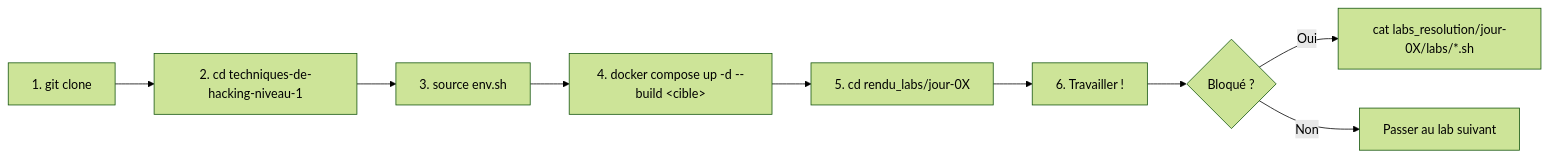
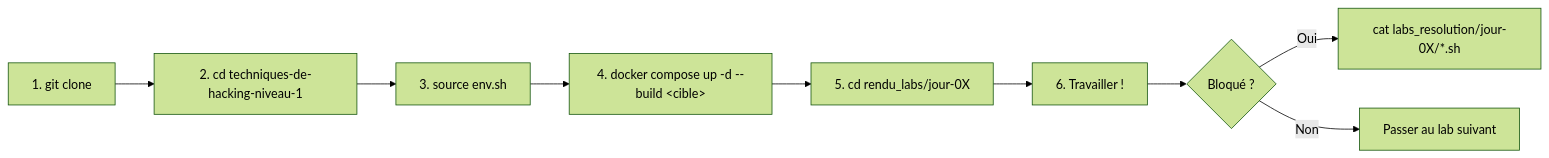
One commit to yugmerabtene/techniques-de-hacking-niveau-1 changed the first of 8 diagrams in JOUR-01-introduction-hacking-ethique-vulnerabilites.md. Above: the diagram before and after it, drawn with Mermaid (forest theme). The commit also changed other lines of this file and 69 other files, not shown here.

````diff
--- a/JOUR-01-introduction-hacking-ethique-vulnerabilites.md
+++ b/JOUR-01-introduction-hacking-ethique-vulnerabilites.md
@@ -81,11 +79,11 @@
 ```mermaid
 flowchart LR
     A["1. git clone"] --> B["2. cd techniques-de-hacking-niveau-1"]
     B --> C["3. source env.sh"]
     C --> D["4. docker compose up -d --build &lt;cible&gt;"]
     D --> E["5. cd rendu_labs/jour-0X"]
     E --> F["6. Travailler !"]
     F --> G{"Bloqué ?"}
-    G -->|"Oui"| H["cat labs_resolution/jour-0X/labs/*.sh"]
+    G -->|"Oui"| H["cat labs_resolution/jour-0X/*.sh"]
     G -->|"Non"| I["Passer au lab suivant"]
 ```
````
